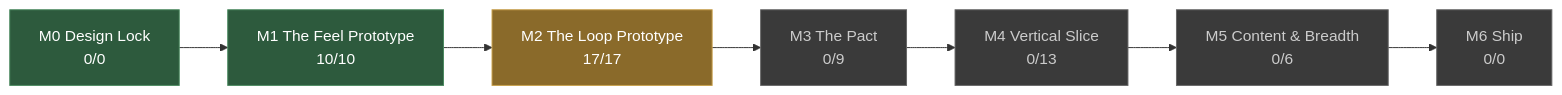
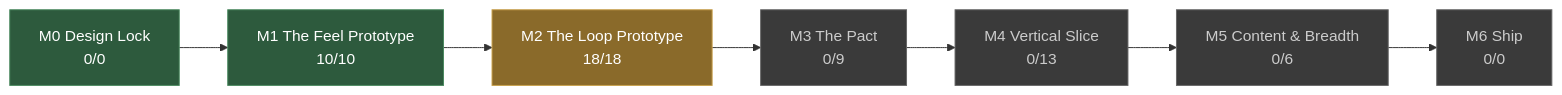
Before and after one commit to JoshuaGessner/she: the diagram in docs/STATUS.md, drawn with Mermaid. The commit also changed other lines of this file and 7 other files, not shown here.

````diff
--- a/docs/STATUS.md
+++ b/docs/STATUS.md
@@ -13,19 +13,19 @@
 ```mermaid
 flowchart LR
   M0["M0 Design Lock<br/>0/0"]:::passed
   M1["M1 The Feel Prototype<br/>10/10"]:::passed
   M0 --> M1
-  M2["M2 The Loop Prototype<br/>17/17"]:::current
+  M2["M2 The Loop Prototype<br/>18/18"]:::current
   M1 --> M2
   M3["M3 The Pact<br/>0/9"]:::ahead
   M2 --> M3
   M4["M4 Vertical Slice<br/>0/13"]:::ahead
   M3 --> M4
   M5["M5 Content & Breadth<br/>0/6"]:::ahead
   M4 --> M5
   M6["M6 Ship<br/>0/0"]:::ahead
   M5 --> M6
   classDef passed fill:#2d5a3d,stroke:#4a8a5f,color:#fff
   classDef current fill:#8a6a2a,stroke:#c8a04a,color:#fff
   classDef ahead fill:#3a3a3a,stroke:#666,color:#ccc
 ```
````
